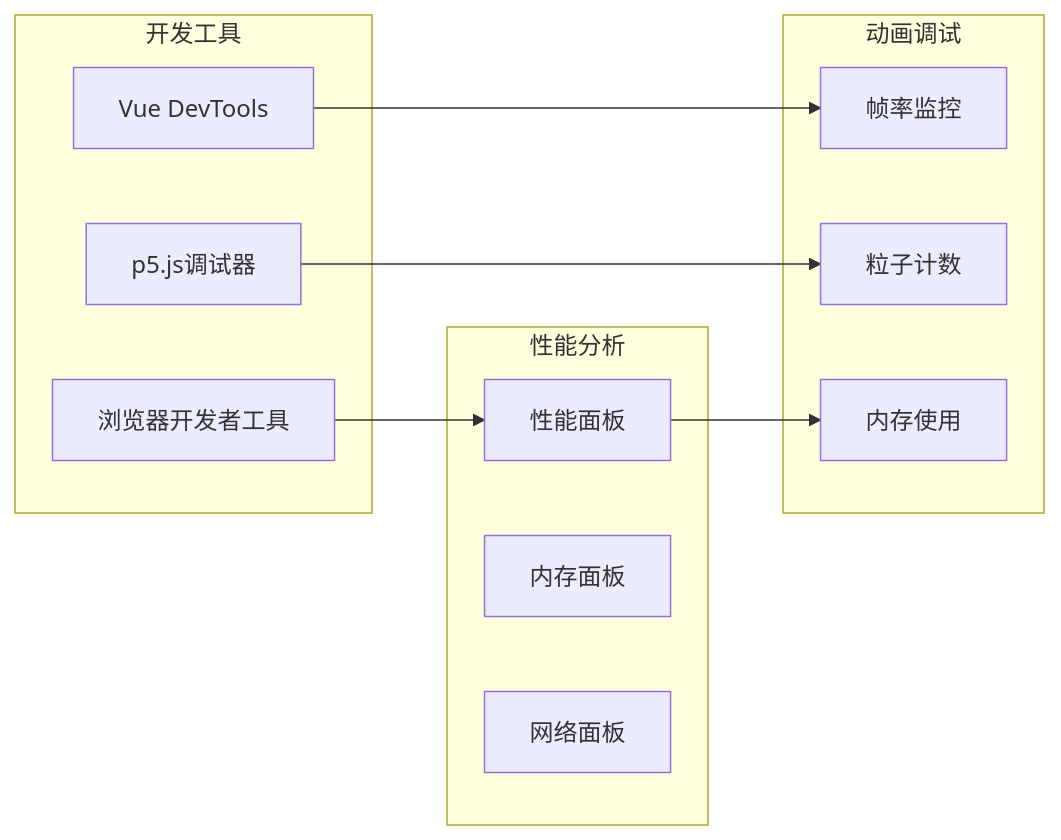
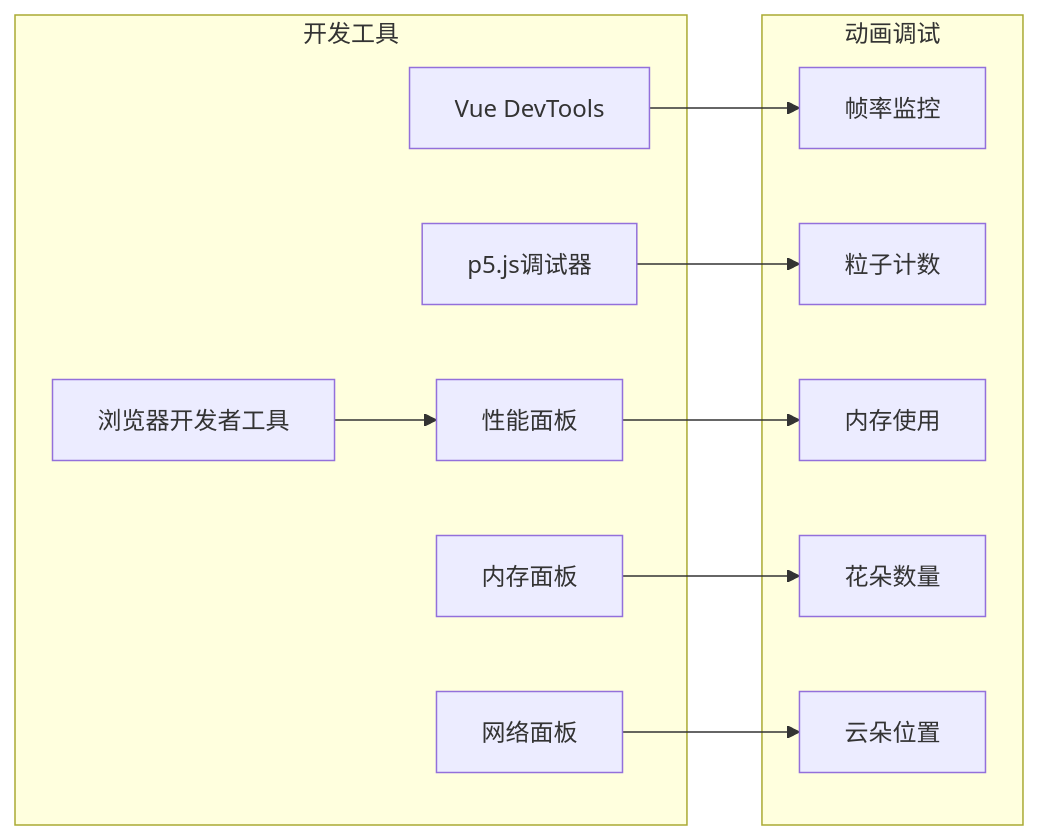
Diagram 13 of 13 in .qoder/repowiki/zh/content/技术架构/Canvas动画系统/Canvas动画系统.md (yuyezhizhi/yuyezhizhi.github.io), drawn with Mermaid before and after one commit. The commit also changed other lines of this file and 9 other files, not shown here.

````diff
--- a/.qoder/repowiki/zh/content/技术架构/Canvas动画系统/Canvas动画系统.md
+++ b/.qoder/repowiki/zh/content/技术架构/Canvas动画系统/Canvas动画系统.md
@@ -441,22 +565,24 @@
 ```mermaid
 flowchart LR
 subgraph "开发工具"
 A[浏览器开发者工具]
 B[Vue DevTools]
 C[p5.js调试器]
-end
-subgraph "性能分析"
 D[性能面板]
 E[内存面板]
 F[网络面板]
 end
 subgraph "动画调试"
 G[帧率监控]
 H[粒子计数]
 I[内存使用]
+J[花朵数量]
+K[云朵位置]
 end
 A --> D
 B --> G
 C --> H
 D --> I
+E --> J
+F --> K
 ```
````
